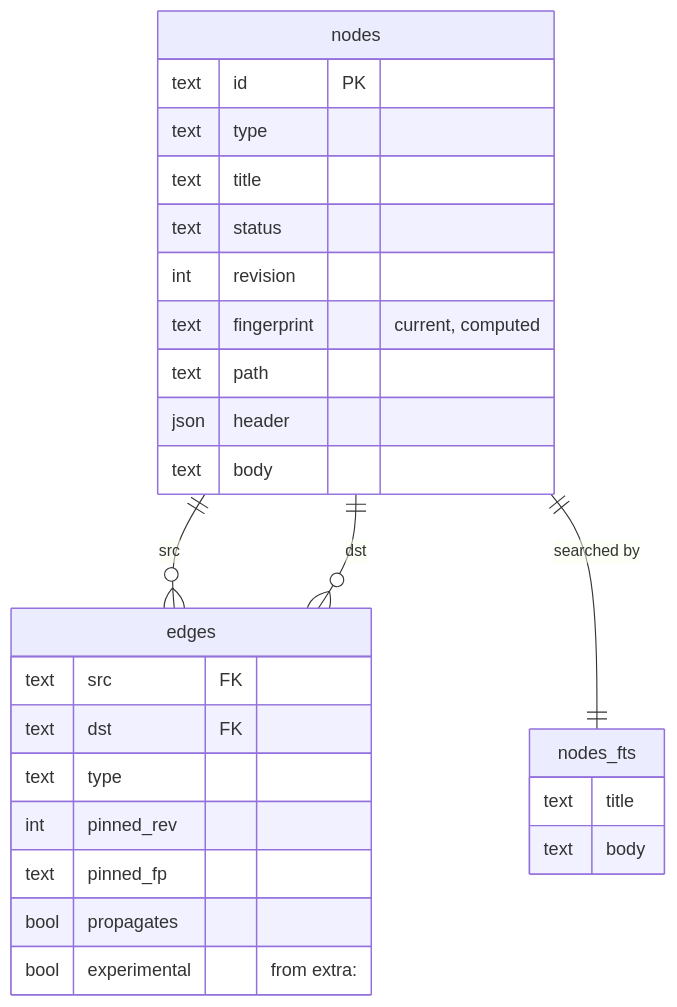
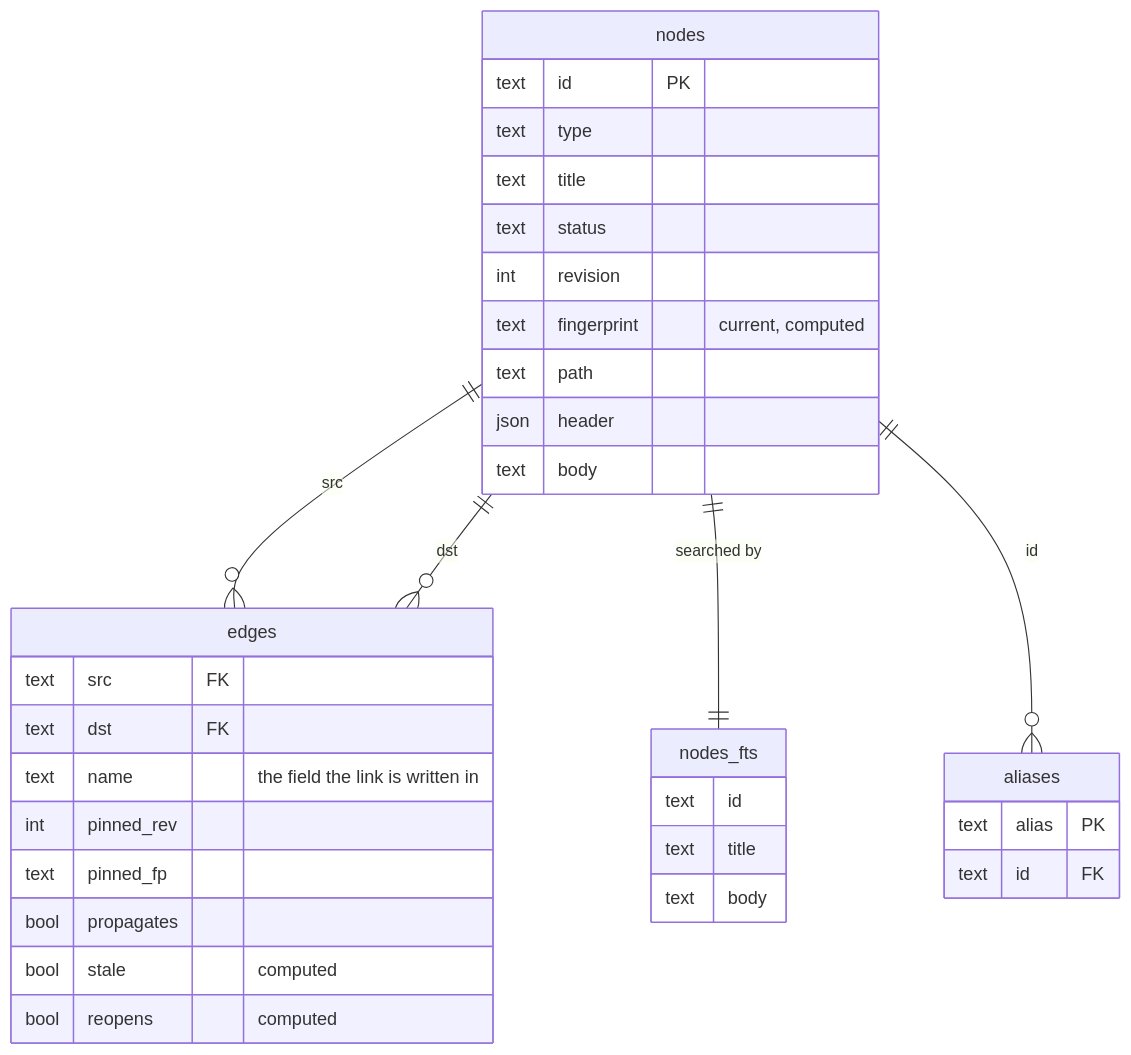
Before and after one commit to andycondon/loremason: the diagram in docs/context-graph/03-implementation.md, drawn with Mermaid. The commit also changed other lines of this file and 29 other files, not shown here.

````diff
--- a/docs/context-graph/03-implementation.md
+++ b/docs/context-graph/03-implementation.md
@@ -278,30 +278,37 @@
 ```mermaid
 erDiagram
   nodes ||--o{ edges : "src"
   nodes ||--o{ edges : "dst"
   nodes ||--|| nodes_fts : "searched by"
+  nodes ||--o{ aliases : "id"
   nodes {
     text id PK
     text type
     text title
     text status
     int revision
     text fingerprint "current, computed"
     text path
     json header
     text body
   }
   edges {
     text src FK
     text dst FK
-    text type
+    text name "the field the link is written in"
     int pinned_rev
     text pinned_fp
     bool propagates
-    bool experimental "from extra:"
+    bool stale "computed"
+    bool reopens "computed"
+  }
+  aliases {
+    text alias PK
+    text id FK
   }
   nodes_fts {
+    text id
     text title
     text body
   }
 ```
````
